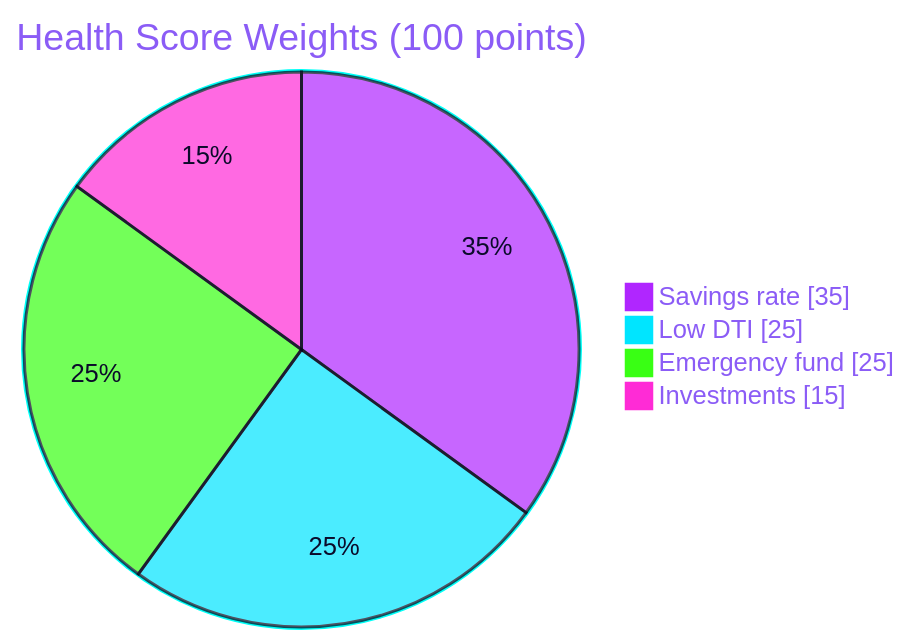
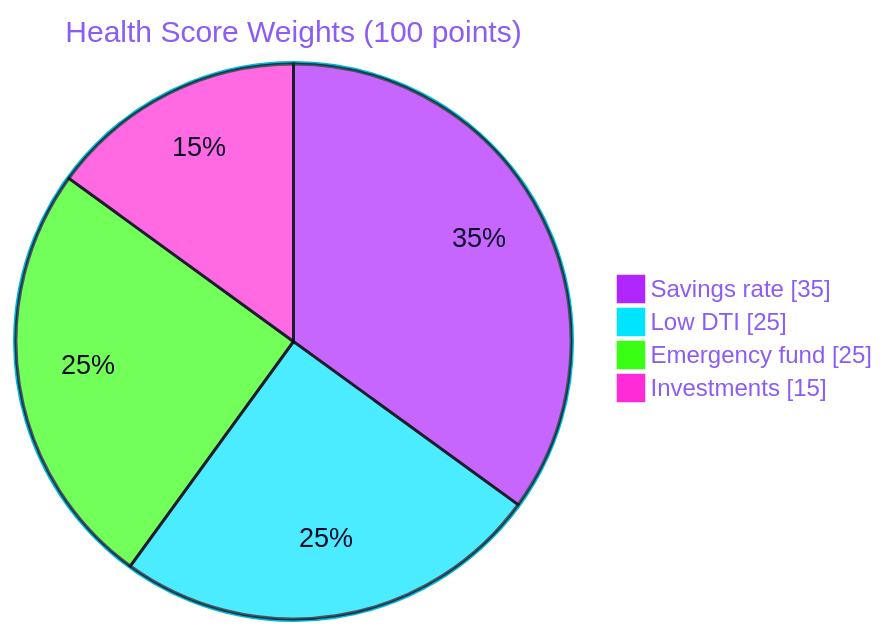
One commit to Mansi232323/MANSHORA changed the ninth of 17 diagrams in README.md. Above: the diagram before and after it, drawn with Mermaid. The commit also changed other lines of this file, not shown here.

````diff
--- a/README.md
+++ b/README.md
@@ -353,8 +344,8 @@
 ```mermaid
-%%{init: {'theme':'base','themeVariables':{'fontSize':'15px','fontFamily':'Arial, Helvetica, sans-serif','pie1':'#b026ff','pie2':'#00e5ff','pie3':'#39ff14','pie4':'#ff2bd6','pieSectionTextColor':'#0b0b2a','pieTitleTextColor':'#8b5cf6','pieLegendTextColor':'#8b5cf6','pieOuterStrokeColor':'#00fff7','pieOuterStrokeWidth':'2px','pieStrokeColor':'#07071c','pieStrokeWidth':'2px'}}}%%
+%%{init: {'theme':'base','themeVariables':{'fontSize':'16px','fontFamily':'Arial, Helvetica, sans-serif','pie1':'#b026ff','pie2':'#00e5ff','pie3':'#39ff14','pie4':'#ff2bd6','pieSectionTextColor':'#0b0b2a','pieSectionTextSize':'18px','pieTitleTextColor':'#8b5cf6','pieTitleTextSize':'20px','pieLegendTextColor':'#8b5cf6','pieLegendTextSize':'16px','pieOuterStrokeColor':'#00b8d4','pieOuterStrokeWidth':'2px','pieStrokeColor':'#07071c','pieStrokeWidth':'2px'}}}%%
 pie showData title Health Score Weights (100 points)
     "Savings rate" : 35
     "Low DTI" : 25
     "Emergency fund" : 25
     "Investments" : 15
 ```
````
